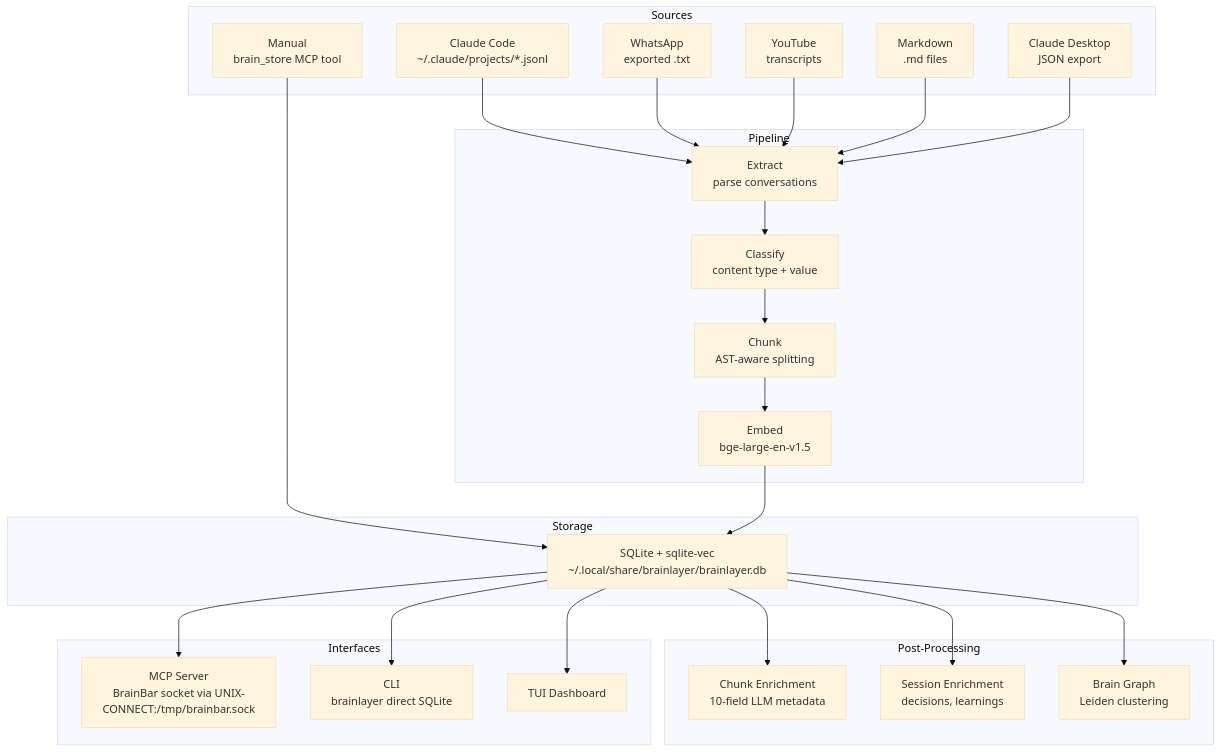
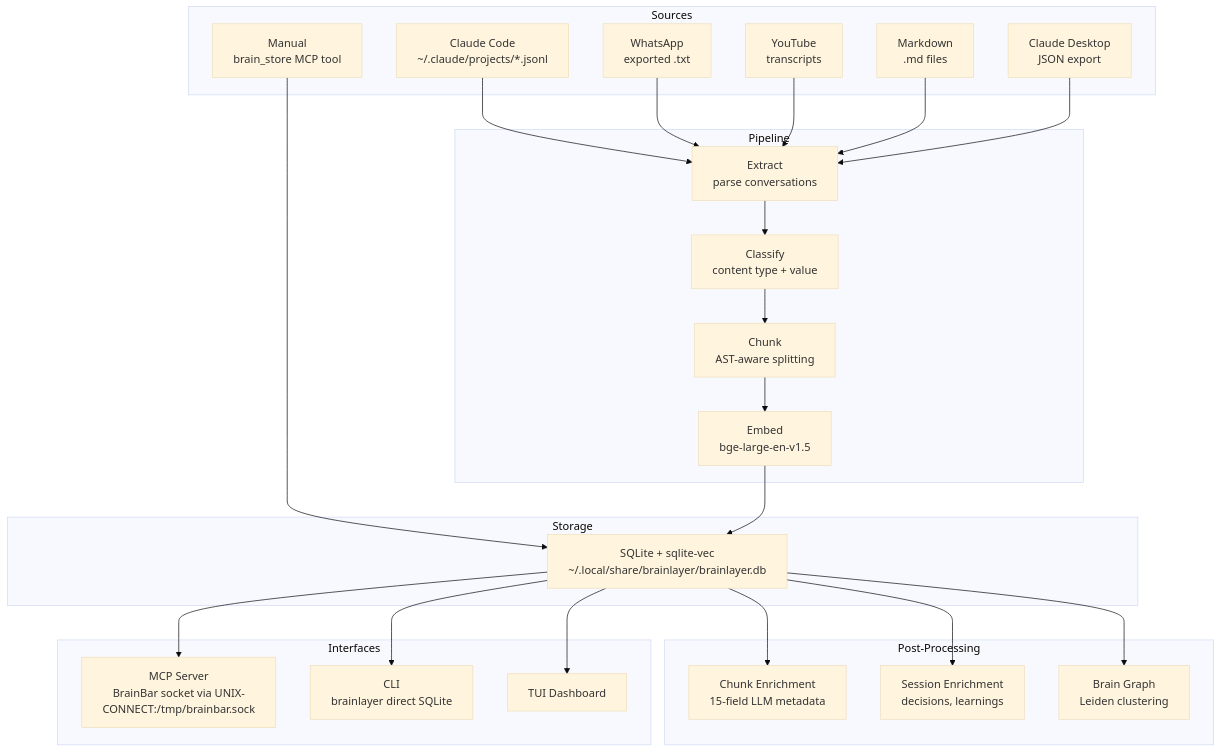
One commit to EtanHey/brainlayer changed the diagram in docs/architecture.md. Above: the diagram before and after it, drawn with Mermaid (base theme). The commit also changed other lines of this file and 15 other files, not shown here.

````diff
--- a/docs/architecture.md
+++ b/docs/architecture.md
@@ -7,40 +7,40 @@
 ```mermaid
 graph TD
     subgraph Sources
         A1["Claude Code<br/>~/.claude/projects/*.jsonl"]
         A2["WhatsApp<br/>exported .txt"]
         A3["YouTube<br/>transcripts"]
         A4["Markdown<br/>.md files"]
         A5["Claude Desktop<br/>JSON export"]
         A6["Manual<br/>brain_store MCP tool"]
     end
 
     subgraph Pipeline
         B1["Extract<br/>parse conversations"]
         B2["Classify<br/>content type + value"]
         B3["Chunk<br/>AST-aware splitting"]
         B4["Embed<br/>bge-large-en-v1.5"]
     end
 
     subgraph Storage
         C["SQLite + sqlite-vec<br/>~/.local/share/brainlayer/brainlayer.db"]
     end
 
     subgraph Post-Processing
-        D1["Chunk Enrichment<br/>10-field LLM metadata"]
+        D1["Chunk Enrichment<br/>15-field LLM metadata"]
         D2["Session Enrichment<br/>decisions, learnings"]
         D3["Brain Graph<br/>Leiden clustering"]
     end
 
     subgraph Interfaces
         E1["MCP Server<br/>BrainBar socket via UNIX-CONNECT:/tmp/brainbar.sock"]
         E2["CLI<br/>brainlayer direct SQLite"]
         E4["TUI Dashboard"]
     end
 
     A1 & A2 & A3 & A4 & A5 --> B1
     A6 --> C
     B1 --> B2 --> B3 --> B4 --> C
     C --> D1 & D2 & D3
     C --> E1 & E2 & E4
 ```
````
